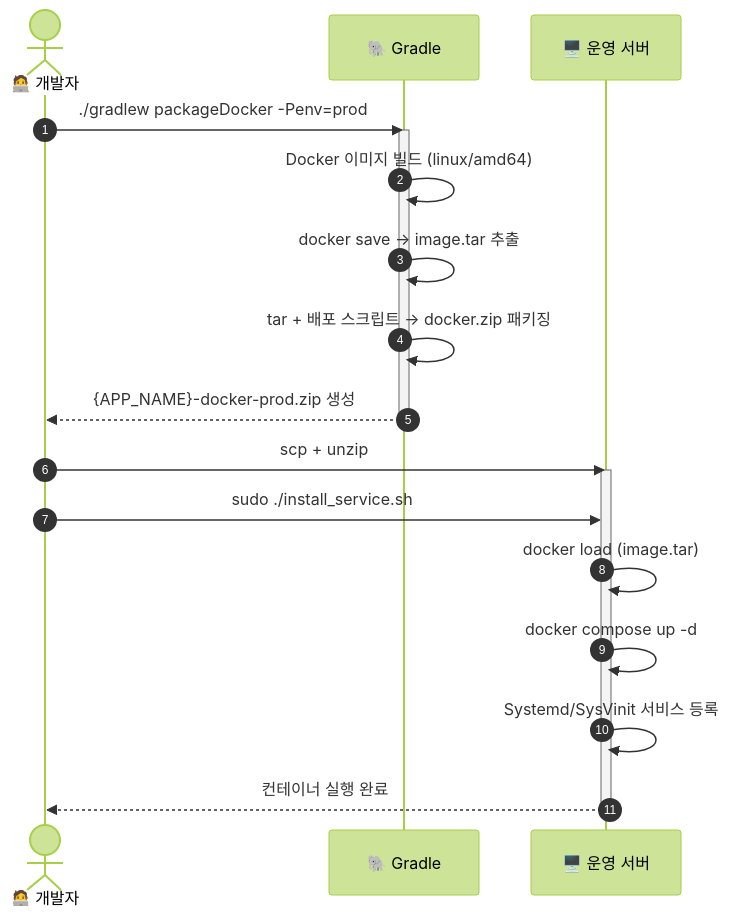
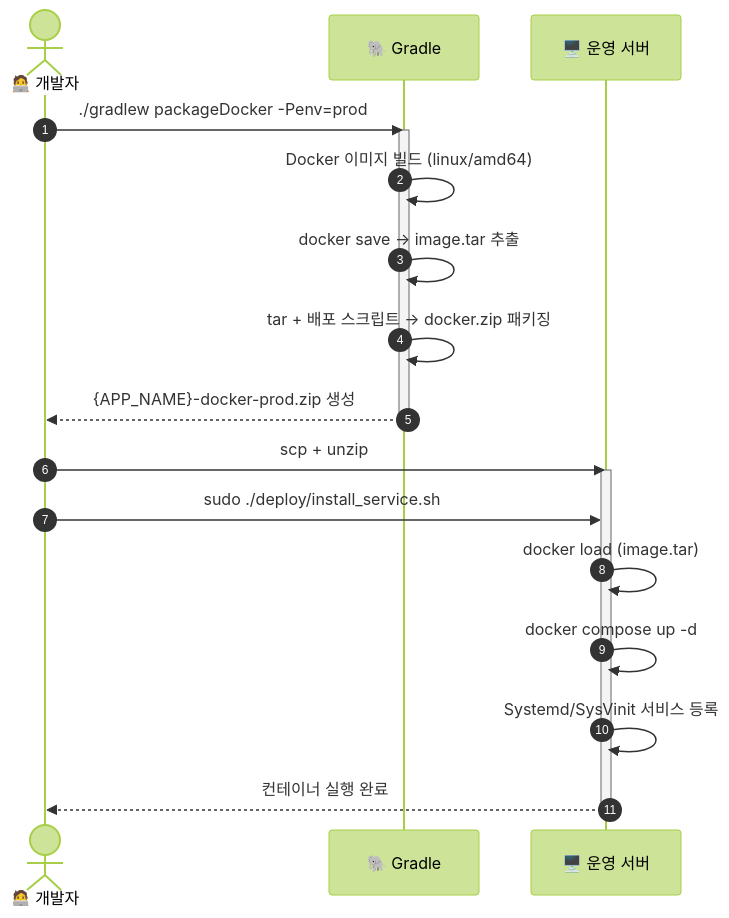
Before and after one commit to MJ-Youn/build-template: the third of 5 diagrams in README.md, drawn with Mermaid (forest theme). The commit also changed other lines of this file and 16 other files, not shown here.

````diff
--- a/README.md
+++ b/README.md
@@ -453,24 +478,24 @@
 ```mermaid
 sequenceDiagram
     autonumber
     actor Dev as 🧑‍💻 개발자
     participant Gradle as 🐘 Gradle
     participant Server as 🖥️ 운영 서버
 
     Dev->>Gradle: ./gradlew packageDocker -Penv=prod
     activate Gradle
     Gradle->>Gradle: Docker 이미지 빌드 (linux/amd64)
     Gradle->>Gradle: docker save → image.tar 추출
     Gradle->>Gradle: tar + 배포 스크립트 → docker.zip 패키징
     Gradle-->>Dev: {APP_NAME}-docker-prod.zip 생성
     deactivate Gradle
 
     Dev->>Server: scp + unzip
     activate Server
-    Dev->>Server: sudo ./install_service.sh
+    Dev->>Server: sudo ./deploy/install_service.sh
     Server->>Server: docker load (image.tar)
     Server->>Server: docker compose up -d
     Server->>Server: Systemd/SysVinit 서비스 등록
     Server-->>Dev: 컨테이너 실행 완료
     deactivate Server
 ```
````
